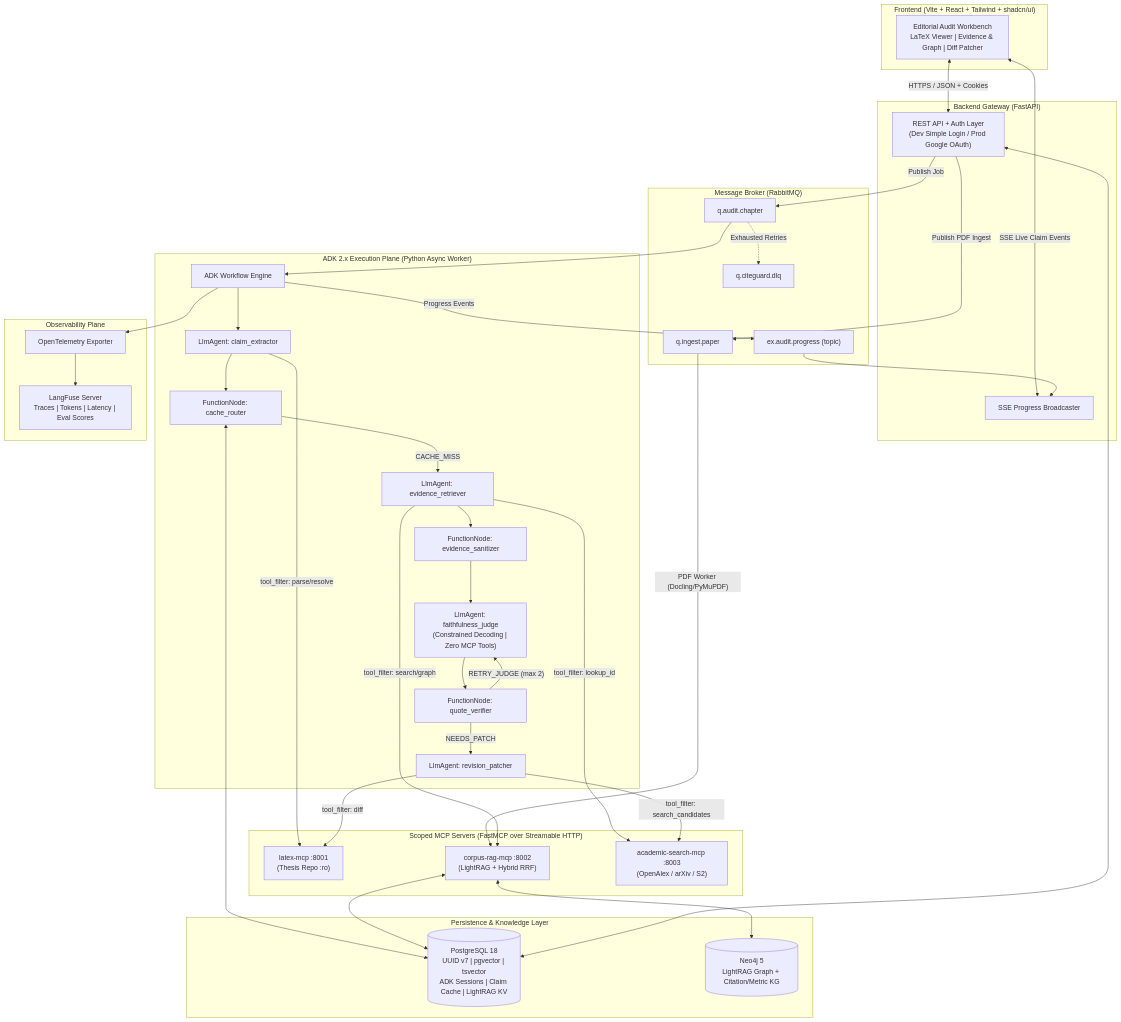
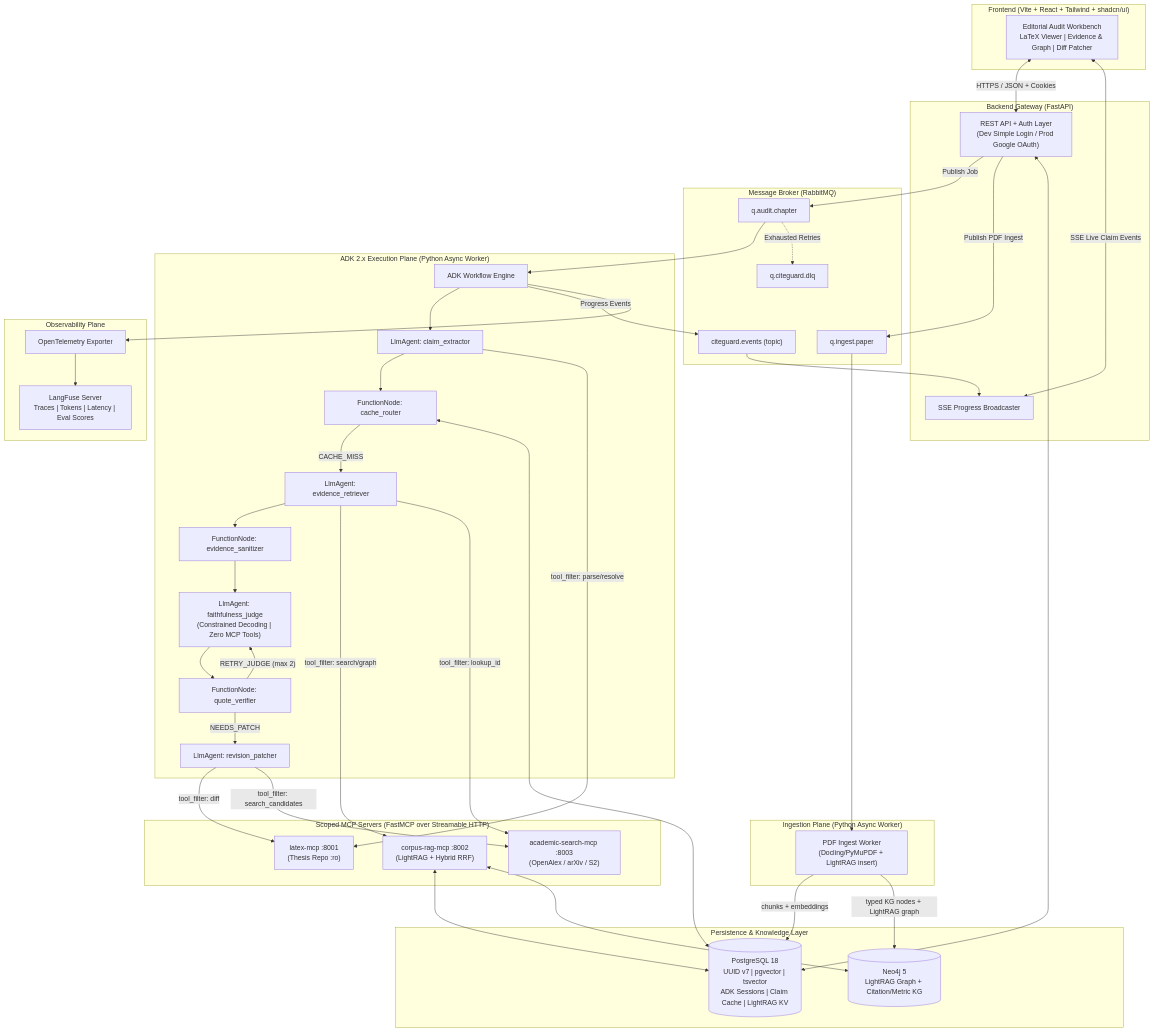
The first of 3 diagrams in docs/TDD.md (FHTW-AI25/CiteGuard), drawn with Mermaid before and after one commit. The commit also changed other lines of this file and 3 other files, not shown here.

````diff
--- a/docs/TDD.md
+++ b/docs/TDD.md
@@ -35,71 +35,77 @@
 ```mermaid
 flowchart TB
     subgraph Client["Frontend (Vite + React + Tailwind + shadcn/ui)"]
         UI["Editorial Audit Workbench<br/>LaTeX Viewer | Evidence & Graph | Diff Patcher"]
     end
 
     subgraph Edge["Backend Gateway (FastAPI)"]
         API["REST API + Auth Layer<br/>(Dev Simple Login / Prod Google OAuth)"]
         SSE["SSE Progress Broadcaster"]
     end
 
     subgraph Broker["Message Broker (RabbitMQ)"]
         Q_AUDIT["q.audit.chapter"]
         Q_INGEST["q.ingest.paper"]
-        EX_PROG["ex.audit.progress (topic)"]
+        EX_PROG["citeguard.events (topic)"]
         DLQ["q.citeguard.dlq"]
     end
 
     subgraph Runtime["ADK 2.x Execution Plane (Python Async Worker)"]
         WF["ADK Workflow Engine"]
         A1["LlmAgent: claim_extractor"]
         N1["FunctionNode: cache_router"]
         A2["LlmAgent: evidence_retriever"]
         N2["FunctionNode: evidence_sanitizer"]
         A3["LlmAgent: faithfulness_judge<br/>(Constrained Decoding | Zero MCP Tools)"]
         N3["FunctionNode: quote_verifier"]
         A4["LlmAgent: revision_patcher"]
         WF --> A1 --> N1
         N1 -- "CACHE_MISS" --> A2 --> N2 --> A3 --> N3
         N3 -- "RETRY_JUDGE (max 2)" --> A3
         N3 -- "NEEDS_PATCH" --> A4
+    end
+
+    subgraph Ingest["Ingestion Plane (Python Async Worker)"]
+        IW["PDF Ingest Worker<br/>(Docling/PyMuPDF + LightRAG insert)"]
     end
 
     subgraph MCP["Scoped MCP Servers (FastMCP over Streamable HTTP)"]
         M1["latex-mcp :8001<br/>(Thesis Repo :ro)"]
         M2["corpus-rag-mcp :8002<br/>(LightRAG + Hybrid RRF)"]
         M3["academic-search-mcp :8003<br/>(OpenAlex / arXiv / S2)"]
     end
 
     subgraph Data["Persistence & Knowledge Layer"]
         PG[("PostgreSQL 18<br/>UUID v7 | pgvector | tsvector<br/>ADK Sessions | Claim Cache | LightRAG KV")]
         NEO[("Neo4j 5<br/>LightRAG Graph + Citation/Metric KG")]
     end
 
     subgraph Obs["Observability Plane"]
         OTEL["OpenTelemetry Exporter"]
         LF["LangFuse Server<br/>Traces | Tokens | Latency | Eval Scores"]
         OTEL --> LF
     end
 
     UI <-->|"HTTPS / JSON + Cookies"| API
     UI <-->|"SSE Live Claim Events"| SSE
     API -->|"Publish Job"| Q_AUDIT
     API -->|"Publish PDF Ingest"| Q_INGEST
     Q_AUDIT --> WF
-    Q_INGEST -->|"PDF Worker (Docling/PyMuPDF)"| M2
+    Q_INGEST --> IW
+    IW -->|"chunks + embeddings"| PG
+    IW -->|"typed KG nodes + LightRAG graph"| NEO
     WF -->|"Progress Events"| EX_PROG --> SSE
     Q_AUDIT -.->|"Exhausted Retries"| DLQ
 
     A1 -->|"tool_filter: parse/resolve"| M1
     A2 -->|"tool_filter: search/graph"| M2
     A2 -->|"tool_filter: lookup_id"| M3
     A4 -->|"tool_filter: diff"| M1
     A4 -->|"tool_filter: search_candidates"| M3
 
     N1 <--> PG
     M2 <--> PG
     M2 <--> NEO
     API <--> PG
     WF --> OTEL
 ```
````
